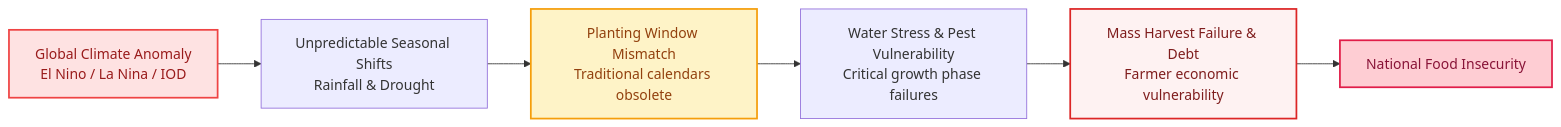
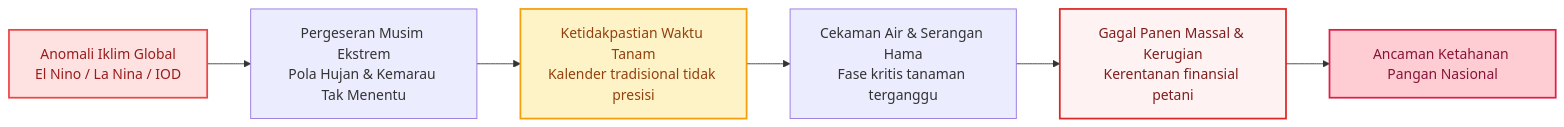
One commit to JoshNells13/UB-Holodev changed the first of 2 diagrams in README.md. Above: the diagram before and after it, drawn with Mermaid. The commit also changed other lines of this file, not shown here.

````diff
--- a/README.md
+++ b/README.md
@@ -42,13 +42,13 @@
 ```mermaid
 flowchart LR
-    A["Global Climate Anomaly<br/>El Nino / La Nina / IOD"] --> B["Unpredictable Seasonal Shifts<br/>Rainfall & Drought"]
-    B --> C["Planting Window Mismatch<br/>Traditional calendars obsolete"]
-    C --> D["Water Stress & Pest Vulnerability<br/>Critical growth phase failures"]
-    D --> E["Mass Harvest Failure & Debt<br/>Farmer economic vulnerability"]
-    E --> F["National Food Insecurity"]
+    A["Anomali Iklim Global<br/>El Nino / La Nina / IOD"] --> B["Pergeseran Musim Ekstrem<br/>Pola Hujan & Kemarau Tak Menentu"]
+    B --> C["Ketidakpastian Waktu Tanam<br/>Kalender tradisional tidak presisi"]
+    C --> D["Cekaman Air & Serangan Hama<br/>Fase kritis tanaman terganggu"]
+    D --> E["Gagal Panen Massal & Kerugian<br/>Kerentanan finansial petani"]
+    E --> F["Ancaman Ketahanan Pangan Nasional"]
     
     style A fill:#fee2e2,stroke:#ef4444,stroke-width:2px,color:#991b1b
     style C fill:#fef3c7,stroke:#f59e0b,stroke-width:2px,color:#92400e
     style E fill:#fef2f2,stroke:#dc2626,stroke-width:2px,color:#7f1d1d
     style F fill:#fecdd3,stroke:#e11d48,stroke-width:2px,color:#881337
 ```
````
